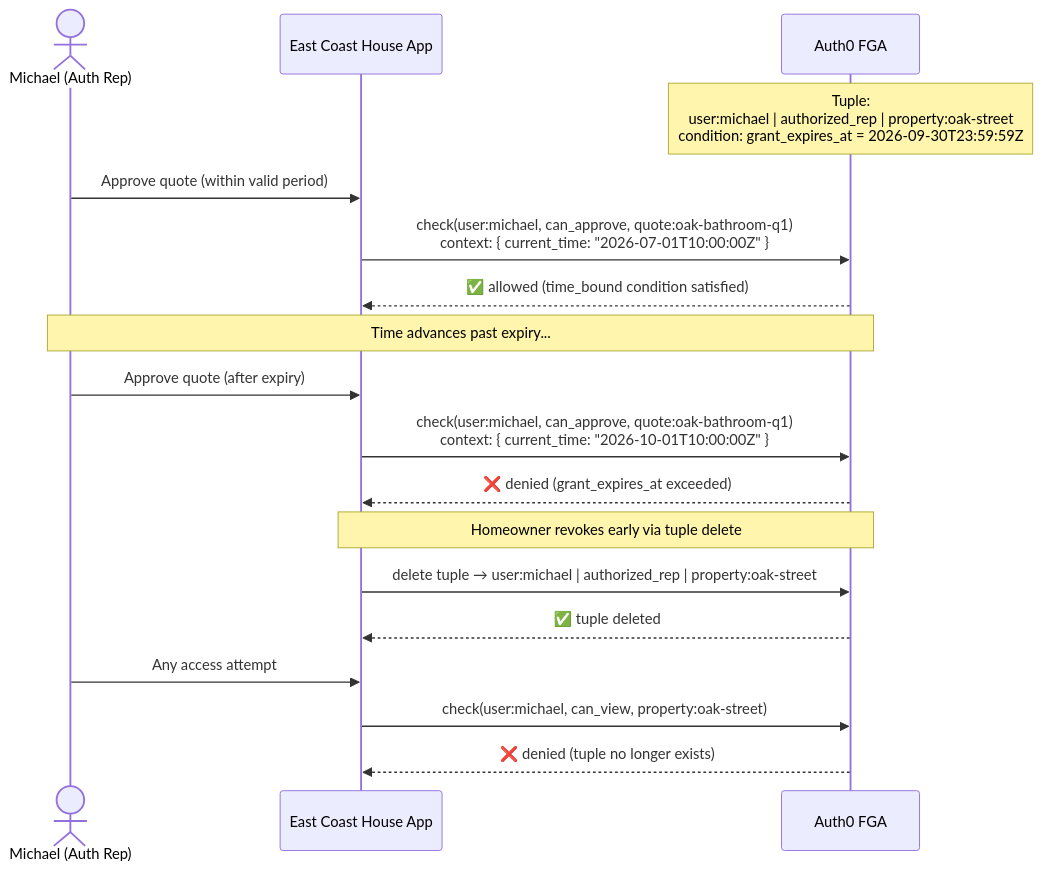
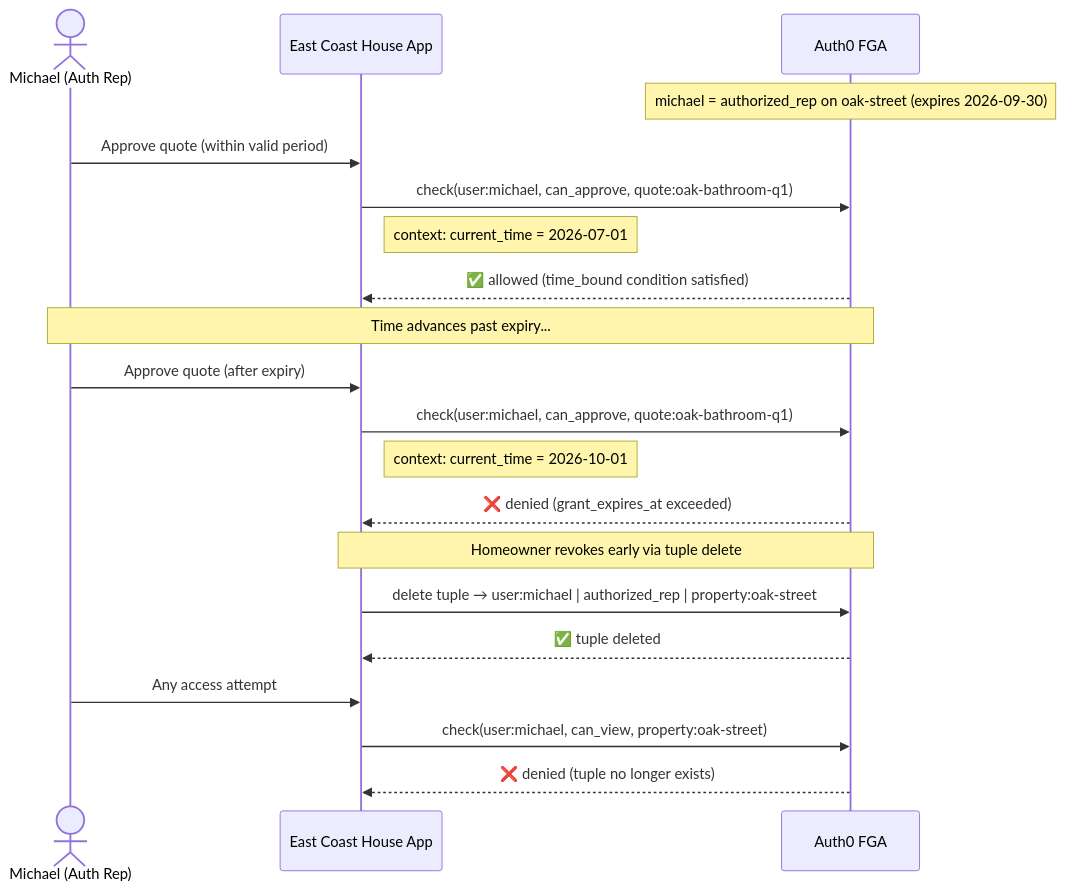
One commit to violetarcher/east-coast-house changed the fifth of 5 diagrams in diagrams.md. Above: the diagram before and after it, drawn with Mermaid. The commit also changed other lines of this file and 8 other files, not shown here.

Commit message:
update UI and diagrams

````diff
--- a/diagrams.md
+++ b/diagrams.md
@@ -178,26 +168,28 @@
 ```mermaid
 sequenceDiagram
     actor Michael as Michael (Auth Rep)
     participant App as East Coast House App
     participant FGA as Auth0 FGA
 
-    Note over FGA: Tuple:<br/>user:michael | authorized_rep | property:oak-street<br/>condition: grant_expires_at = 2026-09-30T23:59:59Z
+    Note over FGA: michael = authorized_rep on oak-street (expires 2026-09-30)
 
     Michael->>App: Approve quote (within valid period)
-    App->>FGA: check(user:michael, can_approve, quote:oak-bathroom-q1)<br/>context: { current_time: "2026-07-01T10:00:00Z" }
+    App->>FGA: check(user:michael, can_approve, quote:oak-bathroom-q1)
+    Note right of App: context: current_time = 2026-07-01
     FGA-->>App: ✅ allowed (time_bound condition satisfied)
 
     Note over Michael,FGA: Time advances past expiry...
 
     Michael->>App: Approve quote (after expiry)
-    App->>FGA: check(user:michael, can_approve, quote:oak-bathroom-q1)<br/>context: { current_time: "2026-10-01T10:00:00Z" }
+    App->>FGA: check(user:michael, can_approve, quote:oak-bathroom-q1)
+    Note right of App: context: current_time = 2026-10-01
     FGA-->>App: ❌ denied (grant_expires_at exceeded)
 
     Note over App,FGA: Homeowner revokes early via tuple delete
 
     App->>FGA: delete tuple → user:michael | authorized_rep | property:oak-street
     FGA-->>App: ✅ tuple deleted
     Michael->>App: Any access attempt
     App->>FGA: check(user:michael, can_view, property:oak-street)
     FGA-->>App: ❌ denied (tuple no longer exists)
 ```
````
